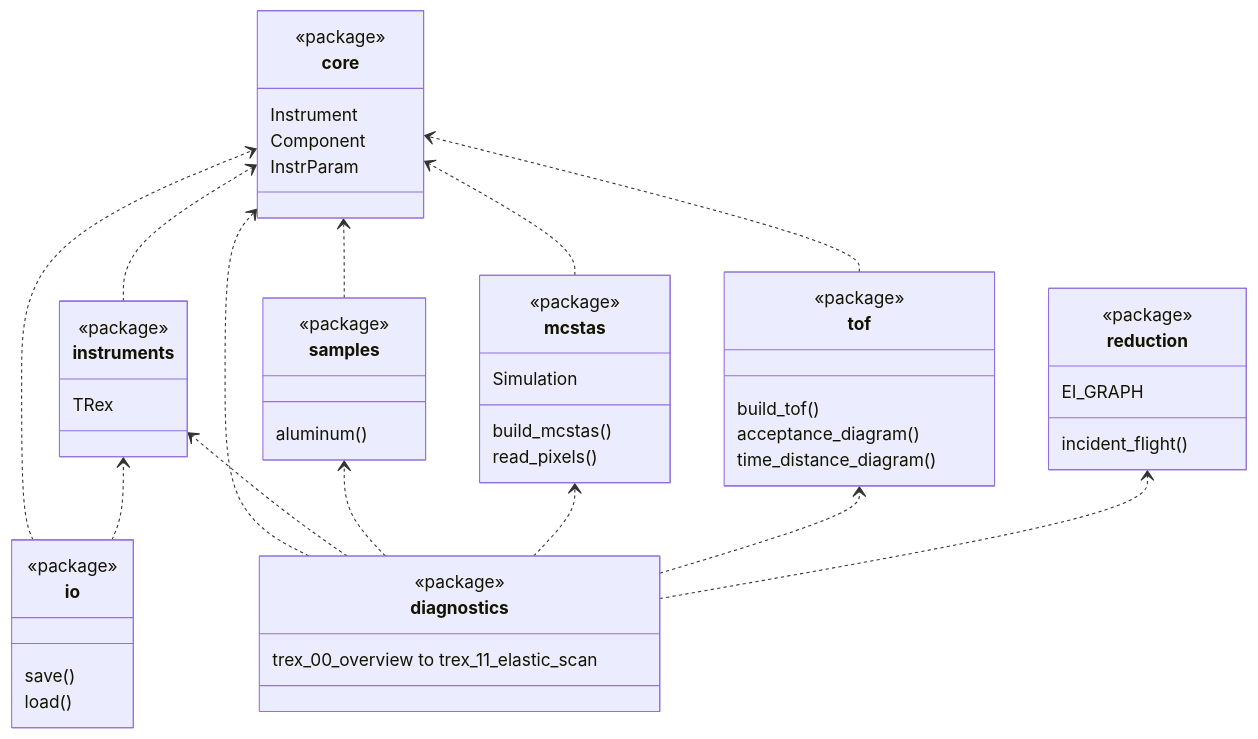
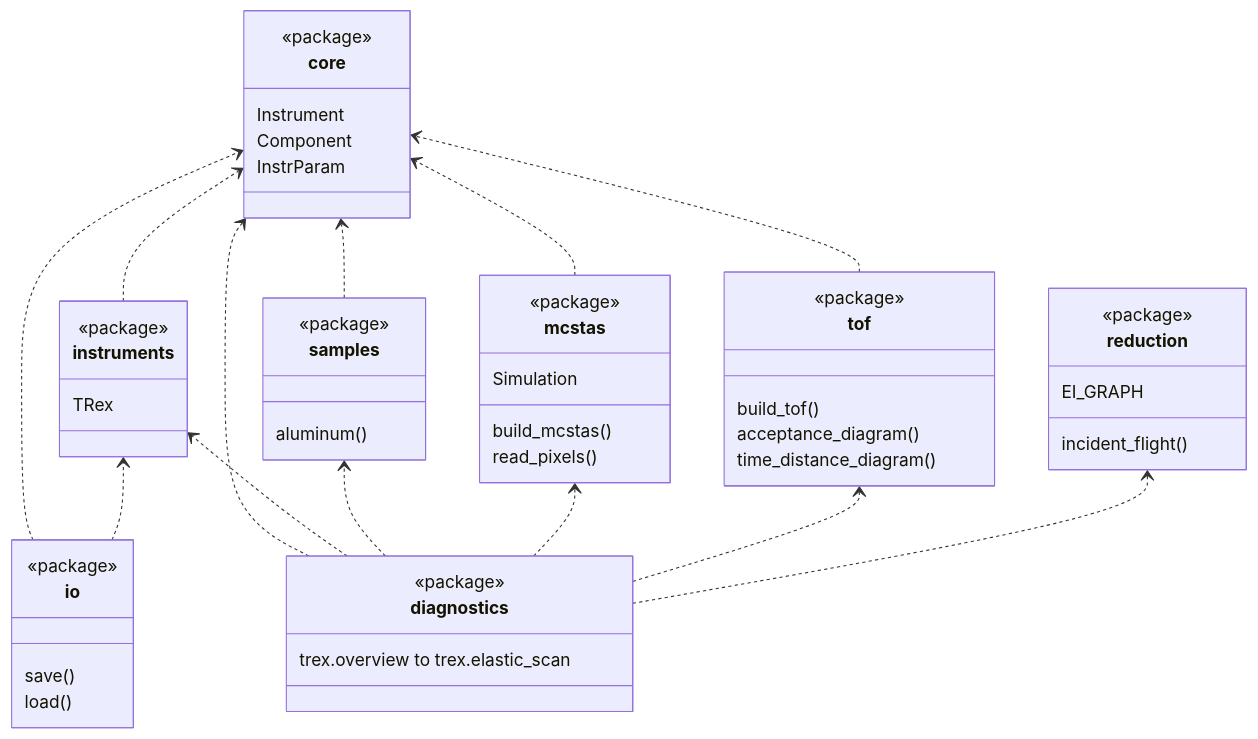
The diagram in docs/code-layout.md (bingli621/mcdgs), drawn with Mermaid before and after one commit. The commit also changed other lines of this file and 38 other files, not shown here.

````diff
--- a/docs/code-layout.md
+++ b/docs/code-layout.md
@@ -23,56 +23,56 @@
 ```mermaid
 classDiagram
     direction BT
     class core {
         <<package>>
         Instrument
         Component
         InstrParam
     }
     class instruments {
         <<package>>
         TRex
     }
     class samples {
         <<package>>
         aluminum()
     }
     class mcstas {
         <<package>>
         build_mcstas()
         Simulation
         read_pixels()
     }
     class tof {
         <<package>>
         build_tof()
         acceptance_diagram()
         time_distance_diagram()
     }
     class io {
         <<package>>
         save()
         load()
     }
     class reduction {
         <<package>>
         EI_GRAPH
         incident_flight()
     }
     class diagnostics {
         <<package>>
-        trex_00_overview to trex_11_elastic_scan
+        trex.overview to trex.elastic_scan
     }
     instruments ..> core
     samples ..> core
     mcstas ..> core
     tof ..> core
     io ..> core
     io ..> instruments
     diagnostics ..> core
     diagnostics ..> instruments
     diagnostics ..> samples
     diagnostics ..> mcstas
     diagnostics ..> tof
     diagnostics ..> reduction
 ```
````
